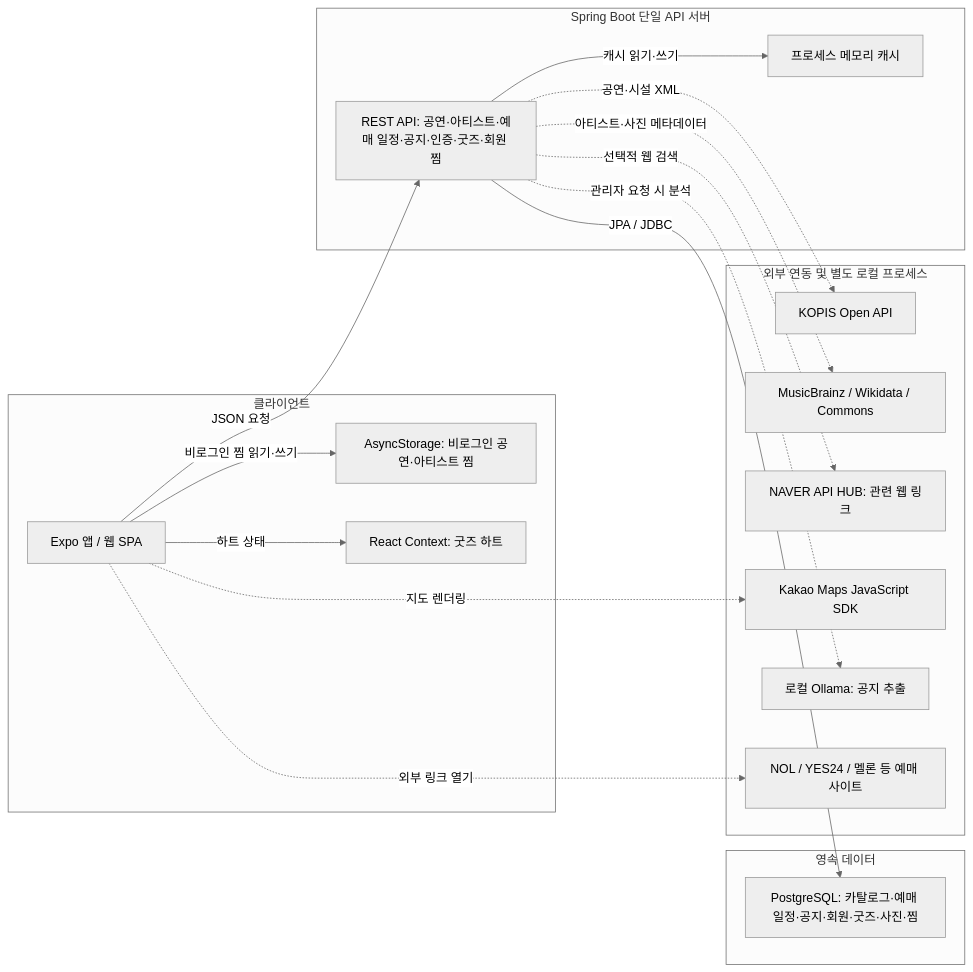
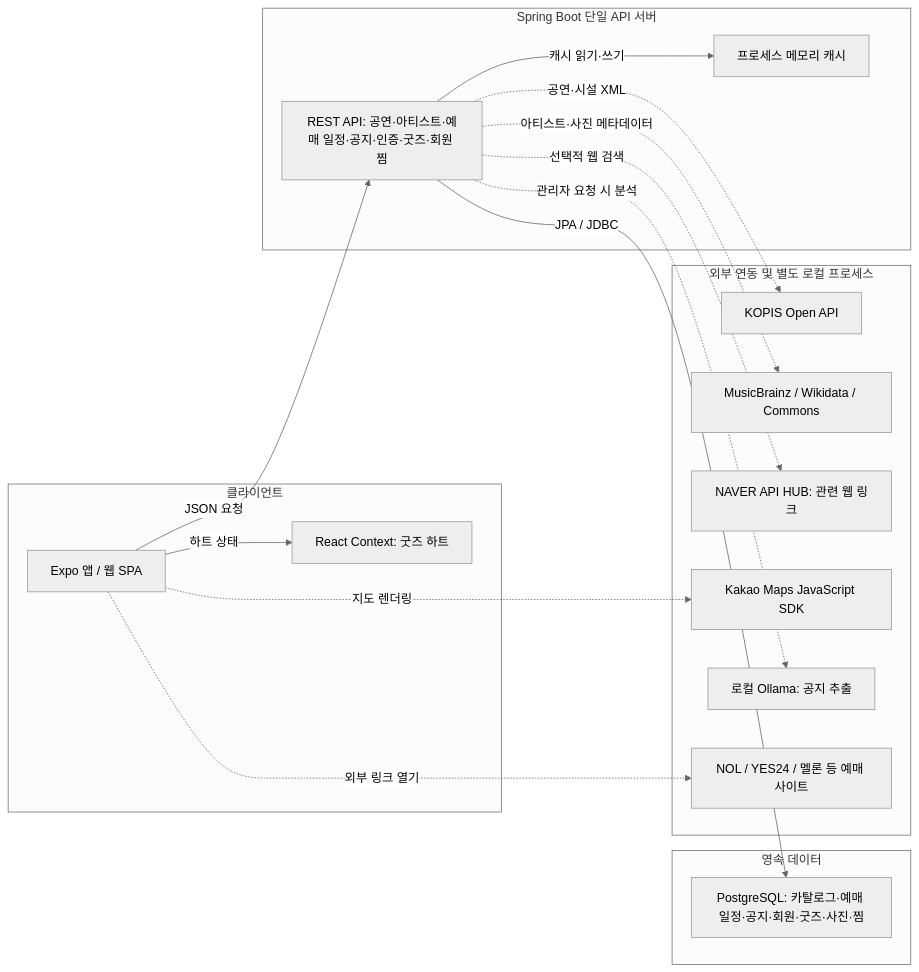
One commit to leedahye2001/stage-pin changed the diagram in docs/architecture.md. Above: the diagram before and after it, drawn with Mermaid (neutral theme). The commit also changed other lines of this file and 13 other files, not shown here.

````diff
--- a/docs/architecture.md
+++ b/docs/architecture.md
@@ -30,34 +30,32 @@
 ```mermaid
 flowchart LR
     subgraph client["클라이언트"]
         expoApp["Expo 앱 / 웹 SPA"]
-        favorites["AsyncStorage: 비로그인 공연·아티스트 찜"]
         goodsMemory["React Context: 굿즈 하트"]
     end
     subgraph service["Spring Boot 단일 API 서버"]
         api["REST API: 공연·아티스트·예매 일정·공지·인증·굿즈·회원 찜"]
         localCache["프로세스 메모리 캐시"]
     end
     subgraph datastore["영속 데이터"]
         postgres["PostgreSQL: 카탈로그·예매 일정·공지·회원·굿즈·사진·찜"]
     end
     subgraph external["외부 연동 및 별도 로컬 프로세스"]
         kopis["KOPIS Open API"]
         artistSources["MusicBrainz / Wikidata / Commons"]
         naver["NAVER API HUB: 관련 웹 링크"]
         kakao["Kakao Maps JavaScript SDK"]
         ollama["로컬 Ollama: 공지 추출"]
         vendors["NOL / YES24 / 멜론 등 예매 사이트"]
     end
     expoApp -->|"JSON 요청"| api
-    expoApp -->|"비로그인 찜 읽기·쓰기"| favorites
     expoApp -->|"하트 상태"| goodsMemory
     api -->|"캐시 읽기·쓰기"| localCache
     api -->|"JPA / JDBC"| postgres
     api -.->|"공연·시설 XML"| kopis
     api -.->|"아티스트·사진 메타데이터"| artistSources
     api -.->|"선택적 웹 검색"| naver
     api -.->|"관리자 요청 시 분석"| ollama
     expoApp -.->|"지도 렌더링"| kakao
     expoApp -.->|"외부 링크 열기"| vendors
 ```
````
